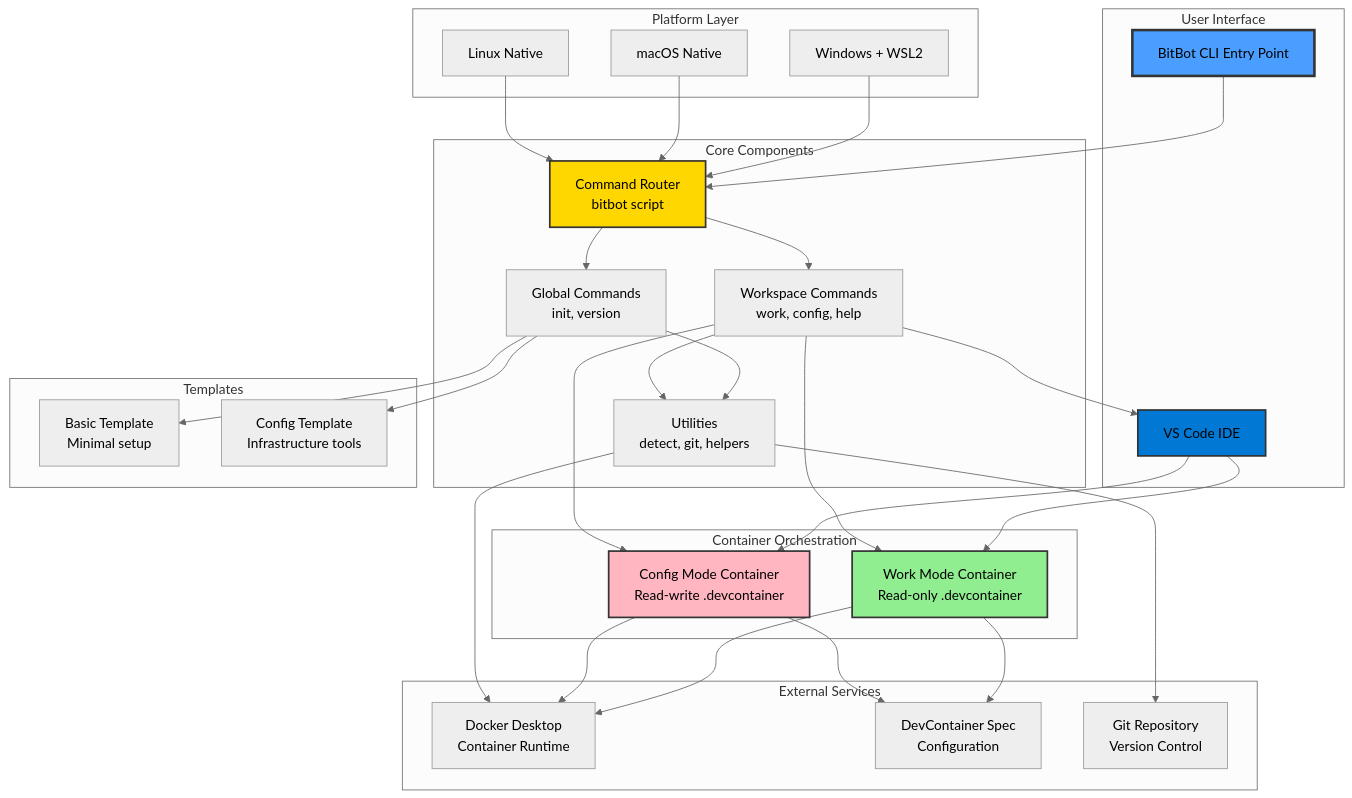
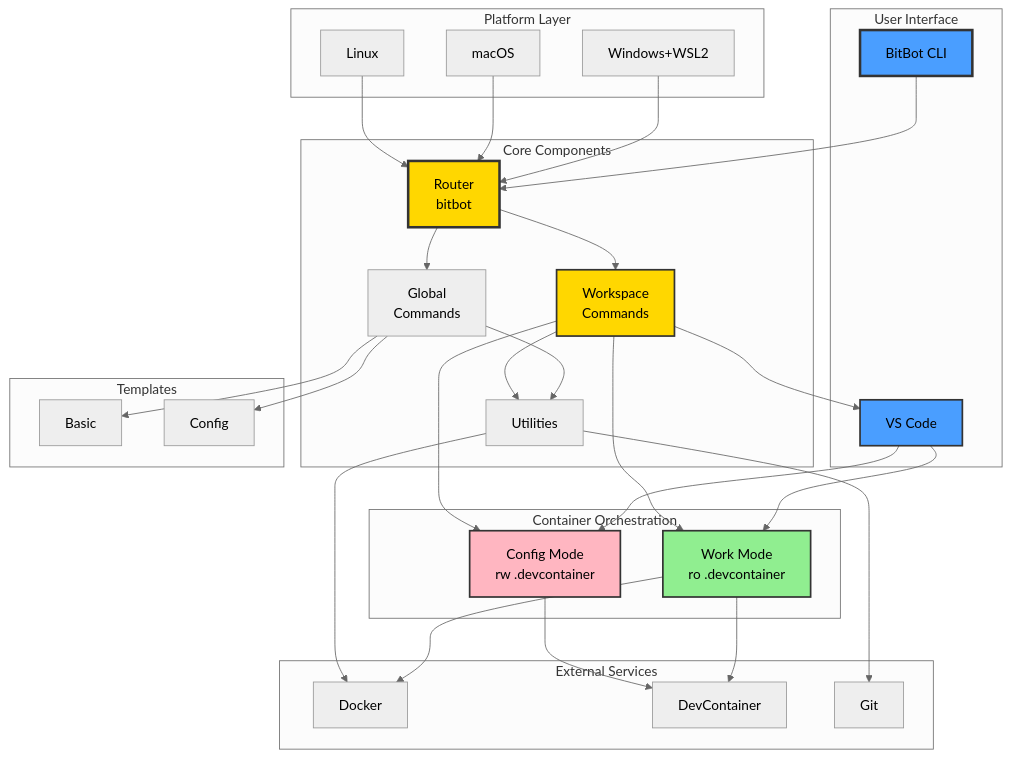
One commit to ManuelKugelmann/BitBot changed the diagram in sparc/3-architecture/diagrams/01-system-overview.md. Above: the diagram before and after it, drawn with Mermaid (neutral theme). The commit also changed other lines of this file and 5 other files, not shown here.

First line of the commit message:
Remove Docker from config mode in architecture diagrams

````diff
--- a/sparc/3-architecture/diagrams/01-system-overview.md
+++ b/sparc/3-architecture/diagrams/01-system-overview.md
@@ -5,70 +5,64 @@
 ```mermaid
 graph TB
-    subgraph "User Interface"
-        CLI[BitBot CLI Entry Point]
-        VSCODE[VS Code IDE]
+    subgraph UI["User Interface"]
+        CLI[BitBot CLI]
+        VS[VS Code]
     end
 
-    subgraph "Platform Layer"
-        WINDOWS[Windows + WSL2]
-        MACOS[macOS Native]
-        LINUX[Linux Native]
+    subgraph PLAT["Platform Layer"]
+        WIN[Windows+WSL2]
+        MAC[macOS]
+        LIN[Linux]
     end
 
-    subgraph "Core Components"
-        ROUTER[Command Router<br/>bitbot script]
-        GLOBAL[Global Commands<br/>init, version]
-        WORKSPACE[Workspace Commands<br/>work, config, help]
-        UTILS[Utilities<br/>detect, git, helpers]
+    subgraph CORE["Core Components"]
+        ROUTER[Router<br/>bitbot]
+        GLOBAL[Global<br/>Commands]
+        WORK[Workspace<br/>Commands]
+        UTIL[Utilities]
     end
 
-    subgraph "Container Orchestration"
-        WORKMODE[Work Mode Container<br/>Read-only .devcontainer]
-        CONFIGMODE[Config Mode Container<br/>Read-write .devcontainer]
+    subgraph CONT["Container Orchestration"]
+        WMODE[Work Mode<br/>ro .devcontainer]
+        CMODE[Config Mode<br/>rw .devcontainer]
     end
 
-    subgraph "External Services"
-        DOCKER[Docker Desktop<br/>Container Runtime]
-        DEVCONTAINER[DevContainer Spec<br/>Configuration]
-        GIT[Git Repository<br/>Version Control]
+    subgraph EXT["External Services"]
+        DOC[Docker]
+        DC[DevContainer]
+        GIT[Git]
     end
 
-    subgraph "Templates"
-        BASIC[Basic Template<br/>Minimal setup]
-        CONFIG[Config Template<br/>Infrastructure tools]
+    subgraph TMPL["Templates"]
+        BASIC[Basic]
+        CFG[Config]
     end
 
     CLI --> ROUTER
-    VSCODE --> WORKMODE
-    VSCODE --> CONFIGMODE
-
+    VS --> WMODE
+    VS --> CMODE
     ROUTER --> GLOBAL
-    ROUTER --> WORKSPACE
-    GLOBAL --> UTILS
-    WORKSPACE --> UTILS
-
-    WORKSPACE --> WORKMODE
-    WORKSPACE --> CONFIGMODE
-    WORKSPACE --> VSCODE
-
-    WORKMODE --> DOCKER
-    CONFIGMODE --> DOCKER
-    WORKMODE --> DEVCONTAINER
-    CONFIGMODE --> DEVCONTAINER
-
-    UTILS --> GIT
-    UTILS --> DOCKER
-
+    ROUTER --> WORK
+    GLOBAL --> UTIL
+    WORK --> UTIL
+    WORK --> WMODE
+    WORK --> CMODE
+    WORK --> VS
+    WMODE --> DOC
+    WMODE --> DC
+    CMODE --> DC
+    UTIL --> GIT
+    UTIL --> DOC
     GLOBAL --> BASIC
-    GLOBAL --> CONFIG
-
-    WINDOWS --> ROUTER
-    MACOS --> ROUTER
-    LINUX --> ROUTER
+    GLOBAL --> CFG
+    WIN --> ROUTER
+    MAC --> ROUTER
+    LIN --> ROUTER
 
     style CLI fill:#4a9eff,stroke:#333,stroke-width:3px
-    style VSCODE fill:#0078d4,stroke:#333,stroke-width:2px
-    style WORKMODE fill:#90ee90,stroke:#333,stroke-width:2px
-    style CONFIGMODE fill:#ffb6c1,stroke:#333,stroke-width:2px
-    style ROUTER fill:#ffd700,stroke:#333,stroke-width:2px
+    style VS fill:#4a9eff,stroke:#333,stroke-width:2px
+    style WMODE fill:#90ee90,stroke:#333,stroke-width:2px
+    style CMODE fill:#ffb6c1,stroke:#333,stroke-width:2px
+    style ROUTER fill:#ffd700,stroke:#333,stroke-width:3px
+    style WORK fill:#ffd700,stroke:#333,stroke-width:2px
 ```
````
